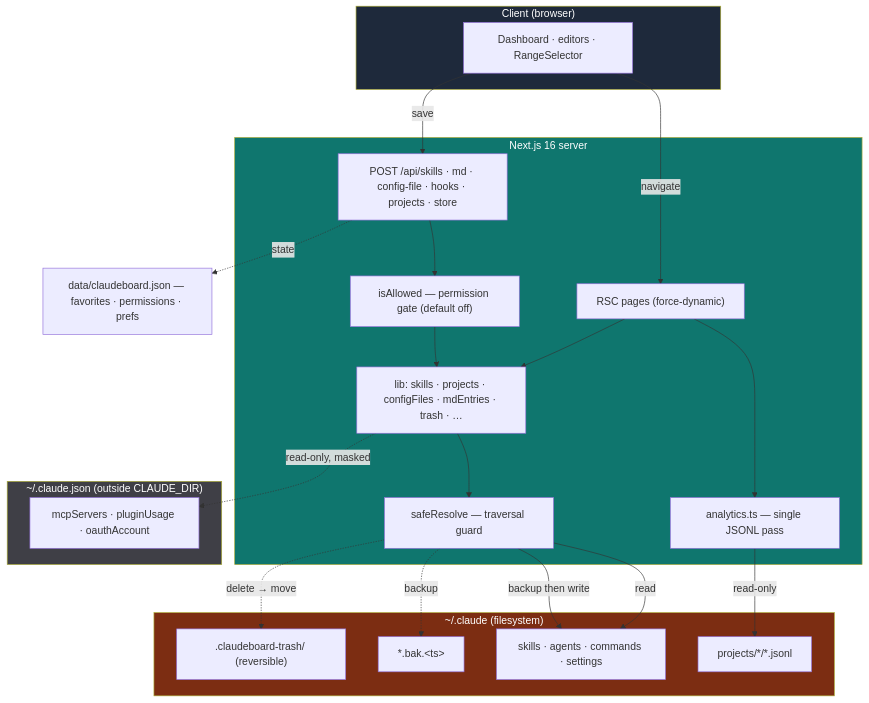
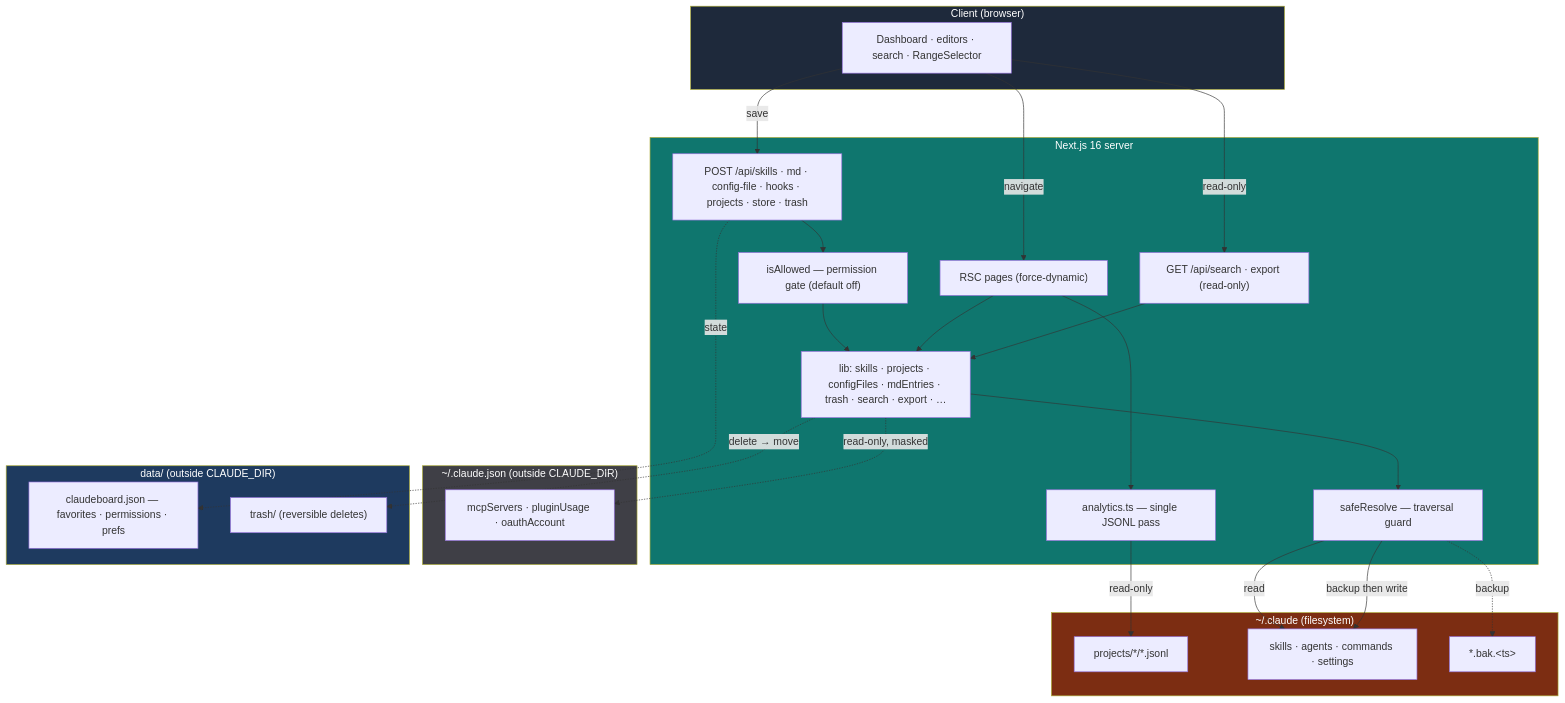
One commit to maximebgd/claudeboard changed the diagram in README.md. Above: the diagram before and after it, drawn with Mermaid. The commit also changed other lines of this file and 1 other file, not shown here.

Commit message:
feat(docs): enhance README with full-text search, export features, and bilingual UI details

````diff
--- a/README.md
+++ b/README.md
@@ -123,44 +134,50 @@
 ```mermaid
 flowchart TD
     subgraph CLIENT["Client (browser)"]
-      UI["Dashboard · editors · RangeSelector"]
+      UI["Dashboard · editors · search · RangeSelector"]
     end
     subgraph SERVER["Next.js 16 server"]
       PAGES["RSC pages (force-dynamic)"]
-      API["POST /api/skills · md · config-file · hooks · projects · store"]
+      API["POST /api/skills · md · config-file · hooks · projects · store · trash"]
+      RO["GET /api/search · export (read-only)"]
       PERM["isAllowed — permission gate (default off)"]
       ANALYTICS["analytics.ts — single JSONL pass"]
-      LIB["lib: skills · projects · configFiles · mdEntries · trash · …"]
+      LIB["lib: skills · projects · configFiles · mdEntries · trash · search · export · …"]
       GUARD["safeResolve — traversal guard"]
     end
     subgraph FS["~/.claude (filesystem)"]
       TRANSCRIPTS["projects/*/*.jsonl"]
       SKILLS["skills · agents · commands · settings"]
       BAK["*.bak.&lt;ts&gt;"]
-      TRASH[".claudeboard-trash/ (reversible)"]
     end
     subgraph EXT["~/.claude.json (outside CLAUDE_DIR)"]
       MCP["mcpServers · pluginUsage · oauthAccount"]
     end
-    STORE["data/claudeboard.json — favorites · permissions · prefs"]
+    subgraph DATA["data/ (outside CLAUDE_DIR)"]
+      STORE["claudeboard.json — favorites · permissions · prefs"]
+      TRASH["trash/ (reversible deletes)"]
+    end
 
     UI -->|navigate| PAGES
     UI -->|save| API
+    UI -->|read-only| RO
     API --> PERM
     PERM --> LIB
     PAGES --> ANALYTICS
     PAGES --> LIB
+    RO --> LIB
     API -.->|state| STORE
     ANALYTICS -->|read-only| TRANSCRIPTS
     LIB --> GUARD
     GUARD -->|read| SKILLS
     GUARD -->|backup then write| SKILLS
     GUARD -.->|backup| BAK
-    GUARD -.->|delete → move| TRASH
+    LIB -.->|delete → move| TRASH
     LIB -.->|read-only, masked| MCP
 
     style CLIENT fill:#1e293b,color:#fff
     style SERVER fill:#0f766e,color:#fff
     style FS fill:#7c2d12,color:#fff
     style EXT fill:#3f3f46,color:#fff
+    style DATA fill:#1e3a5f,color:#fff
 ```
````
